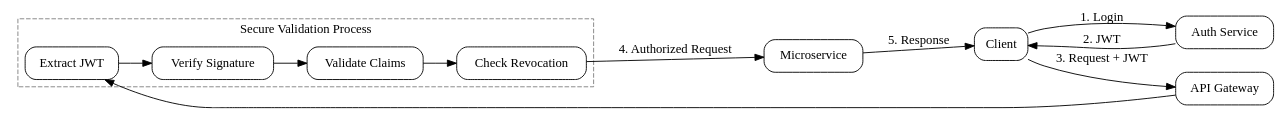
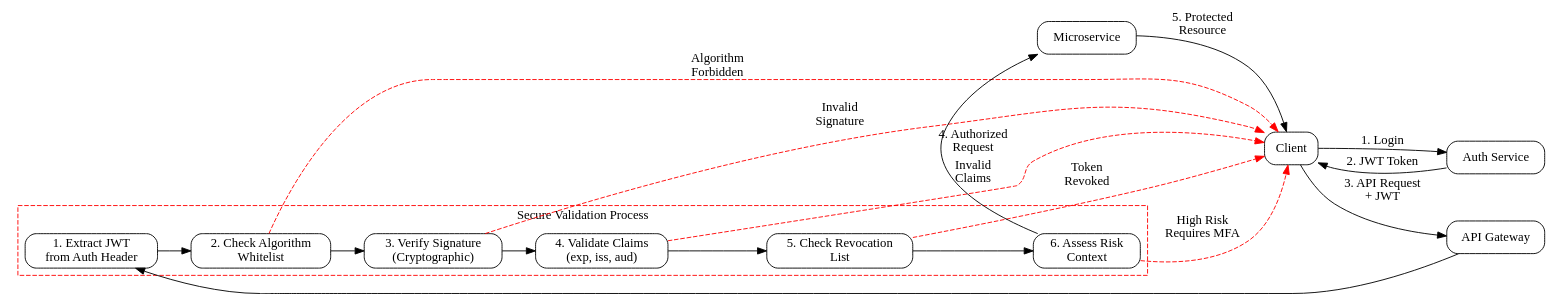
The fourth of 4 diagrams in presentation.org (aygp-dr/jwt-paradigms), drawn with Graphviz before and after one commit. The commit also changed other lines of this file and 1 other file, not shown here.

First line of the commit message:
refactor(presentation): transform to security-first JWT validation guide

```diff
--- a/presentation.org
+++ b/presentation.org
@@ -345,19 +544,39 @@
-#+BEGIN_SRC dot :file images/jwt-flow-detailed.png :cmdline -Kdot -Tpng
+#+BEGIN_SRC dot :file images/production-jwt-flow.png :cmdline -Kdot -Tpng
 digraph {
   rankdir=LR;
   node [shape=box, style=rounded];
-  subgraph cluster_validation {
+  
+  subgraph cluster_secure {
     label="Secure Validation Process";
     style=dashed;
-    color=gray;
-    "Extract JWT" -> "Verify Signature" -> "Validate Claims" -> "Check Revocation";
+    color=red;
+    
+    extract [label="1. Extract JWT\nfrom Auth Header"];
+    whitelist [label="2. Check Algorithm\nWhitelist"];
+    verify [label="3. Verify Signature\n(Cryptographic)"];
+    claims [label="4. Validate Claims\n(exp, iss, aud)"];
+    revoke [label="5. Check Revocation\nList"];
+    risk [label="6. Assess Risk\nContext"];
   }
   
-  Client -> "Auth Service" [label="1. Login"];
-  "Auth Service" -> Client [label="2. JWT"];
-  Client -> "API Gateway" [label="3. Request + JWT"];
-  "API Gateway" -> "Extract JWT";
-  "Check Revocation" -> "Microservice" [label="4. Authorized Request"];
-  "Microservice" -> Client [label="5. Response"];
+  client [label="Client"];
+  auth [label="Auth Service"];
+  gateway [label="API Gateway"];
+  service [label="Microservice"];
+  
+  client -> auth [label="1. Login"];
+  auth -> client [label="2. JWT Token"];
+  client -> gateway [label="3. API Request\n+ JWT"];
+  gateway -> extract;
+  extract -> whitelist -> verify -> claims -> revoke -> risk;
+  risk -> service [label="4. Authorized\nRequest"];
+  service -> client [label="5. Protected\nResource"];
+  
+  // Error paths
+  whitelist -> client [label="Algorithm\nForbidden", color=red, style=dashed];
+  verify -> client [label="Invalid\nSignature", color=red, style=dashed];
+  claims -> client [label="Invalid\nClaims", color=red, style=dashed];
+  revoke -> client [label="Token\nRevoked", color=red, style=dashed];
+  risk -> client [label="High Risk\nRequires MFA", color=red, style=dashed];
 }
 #+END_SRC
```
